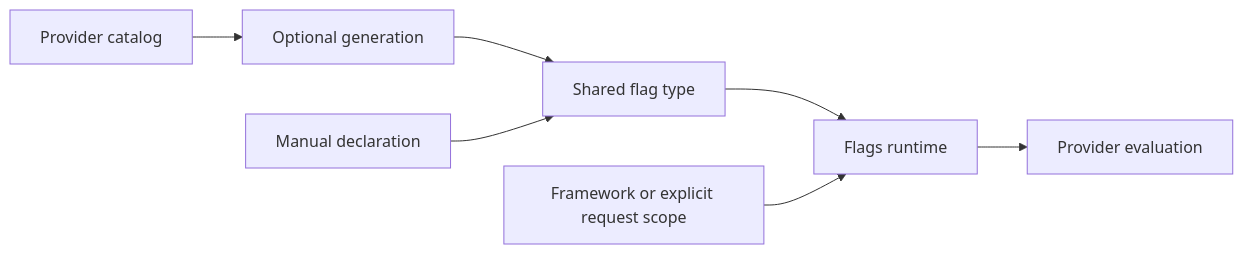
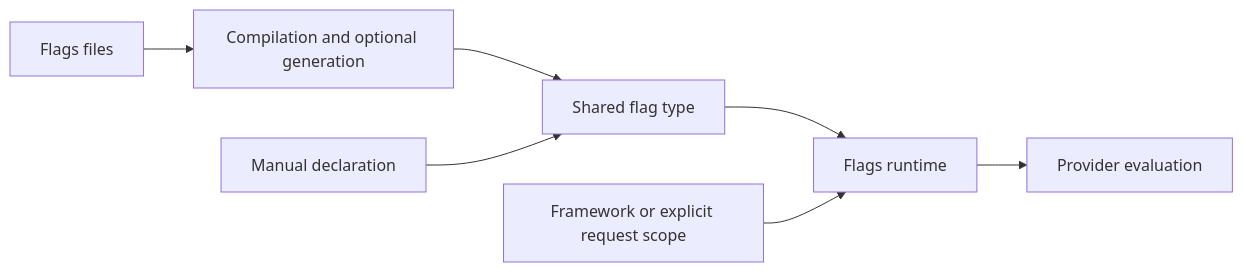
One commit to vercel/flags changed the diagram in docs/flags-system.md. Above: the diagram before and after it, drawn with Mermaid. The commit also changed other lines of this file and 58 other files, not shown here.

````diff
--- a/docs/flags-system.md
+++ b/docs/flags-system.md
@@ -33,9 +35,9 @@
 ```mermaid
 flowchart LR
-    Catalog[Provider catalog] --> Tooling[Optional generation]
+    File[Flags files] --> Tooling[Compilation and optional generation]
     Tooling --> Flag[Shared flag type]
     Manual[Manual declaration] --> Flag
     Flag --> Runtime[Flags runtime]
     Scope[Framework or explicit request scope] --> Runtime
     Runtime --> Provider[Provider evaluation]
 ```
````
